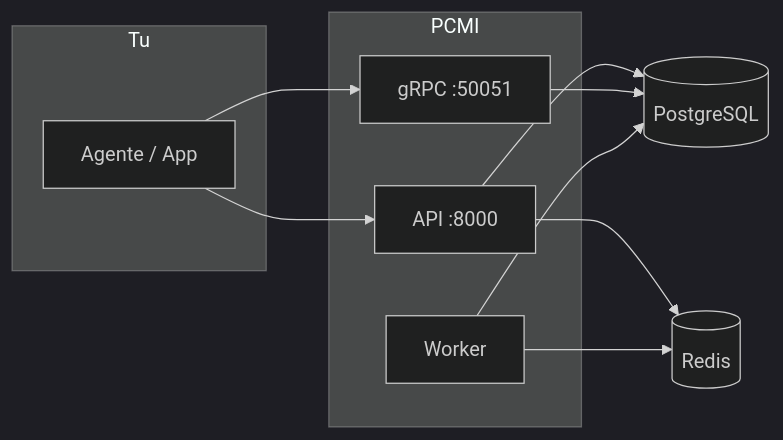
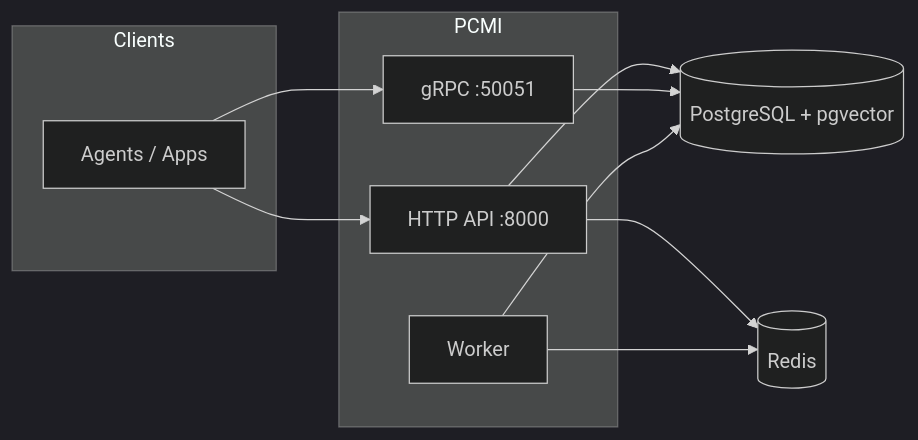
One commit to marco-spagn/pcmi changed the first of 2 diagrams in README.md. Above: the diagram before and after it, drawn with Mermaid (dark theme). The commit also changed other lines of this file and 11 other files, not shown here.

````diff
--- a/README.md
+++ b/README.md
@@ -29,20 +43,20 @@
 ```mermaid
 flowchart LR
-  subgraph you [Tu]
-    Agent[Agente / App]
+  subgraph clients [Clients]
+    Agent[Agents / Apps]
   end
   subgraph pcmi [PCMI]
-    API[API :8000]
+    API[HTTP API :8000]
     GRPC[gRPC :50051]
     W[Worker]
   end
-  DB[(PostgreSQL)]
+  DB[(PostgreSQL + pgvector)]
   Redis[(Redis)]
   Agent --> API
   Agent --> GRPC
   API --> DB
   API --> Redis
   GRPC --> DB
   W --> DB
   W --> Redis
 ```
````
